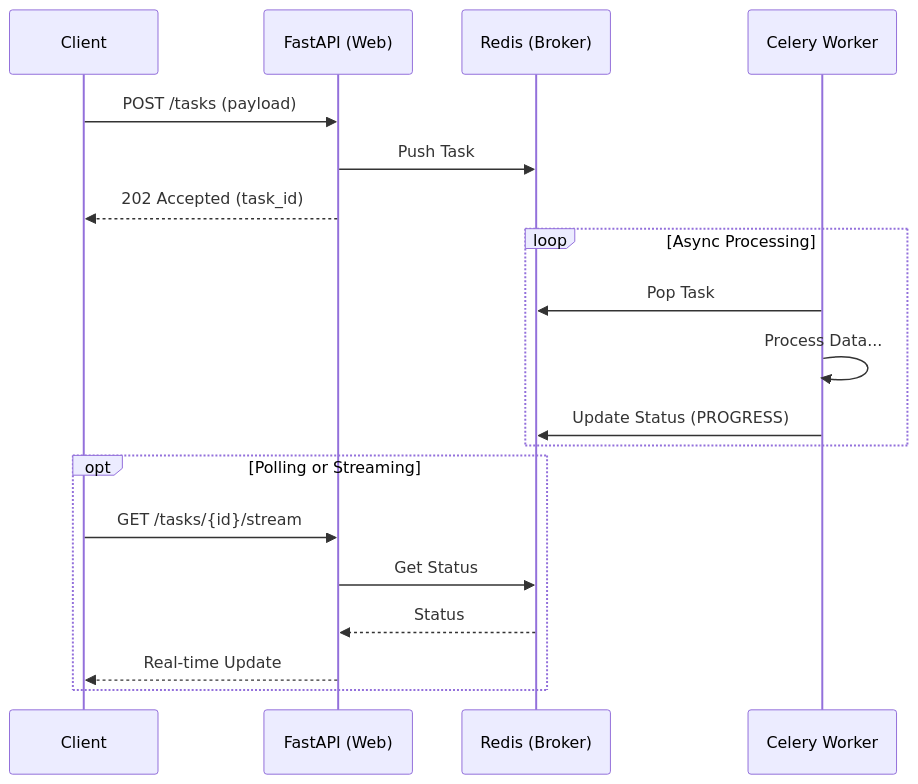
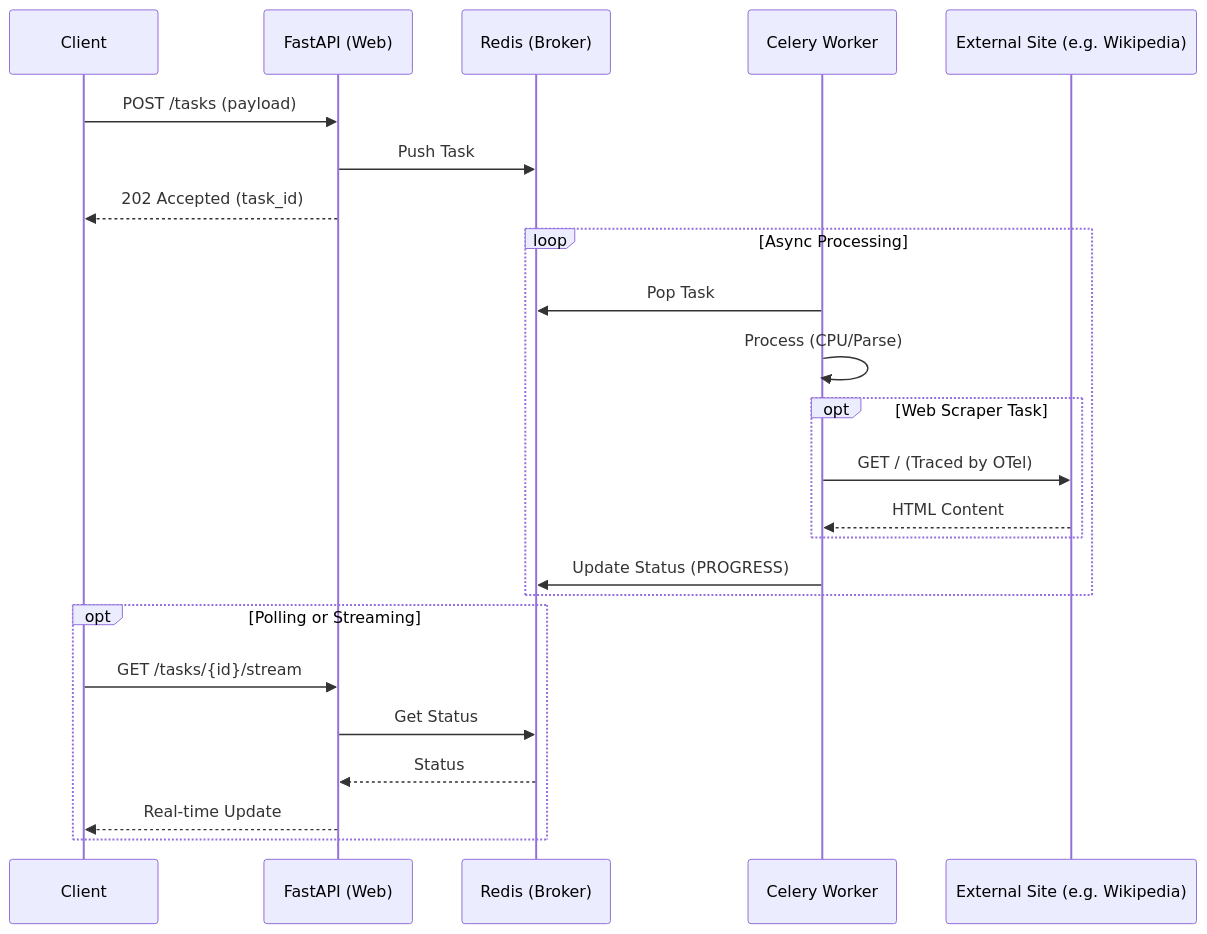
The diagram in README.md (naveengarla/long-running-api-demo), drawn with Mermaid before and after one commit. The commit also changed other lines of this file and 2 other files, not shown here.

Commit message:
Docs: Update README, Architecture, and Future Work for v0.0.8 features

````diff
--- a/README.md
+++ b/README.md
@@ -37,24 +37,31 @@
 ```mermaid
 sequenceDiagram
     participant Client
     participant API as FastAPI (Web)
     participant Redis as Redis (Broker)
     participant Worker as Celery Worker
+    participant External as External Site (e.g. Wikipedia)
 
     Client->>API: POST /tasks (payload)
     API->>Redis: Push Task
     API-->>Client: 202 Accepted (task_id)
     
     loop Async Processing
         Worker->>Redis: Pop Task
-        Worker->>Worker: Process Data...
+        Worker->>Worker: Process (CPU/Parse)
+        
+        opt Web Scraper Task
+            Worker->>External: GET / (Traced by OTel)
+            External-->>Worker: HTML Content
+        end
+
         Worker->>Redis: Update Status (PROGRESS)
     end
 
     opt Polling or Streaming
         Client->>API: GET /tasks/{id}/stream
         API->>Redis: Get Status
         Redis-->>API: Status
         API-->>Client: Real-time Update
     end
 ```
````
